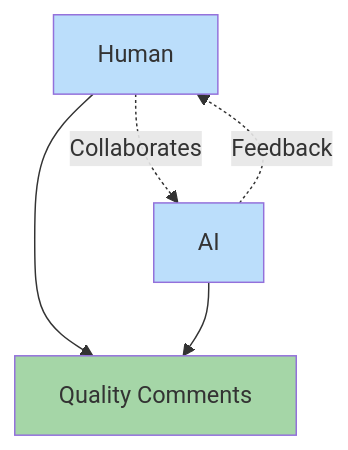
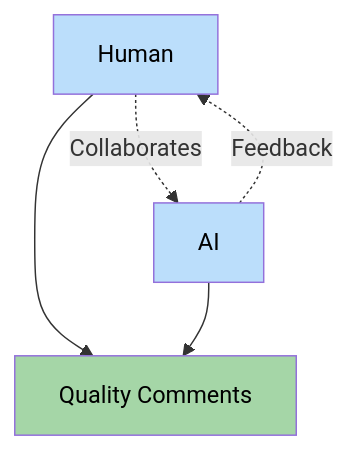
The second of 4 diagrams in index.qmd (IndrajeetPatil/to-comment-or-not), drawn with Mermaid before and after one commit. The commit also changed other lines of this file and 7 other files, not shown here.

````diff
--- a/index.qmd
+++ b/index.qmd
@@ -1760,13 +1761,13 @@
 ```{mermaid}
 %%| eval: true
 %%| echo: false
 flowchart TD
     H[Human] --> S[Quality Comments]
     A[AI] --> S[Quality Comments]
     H -.->|Collaborates| A
     A -.->|Feedback| H
 
-    style H fill:#BBDEFB
-    style A fill:#BBDEFB
-    style S fill:#A5D6A7
+    style H fill:#BBDEFB,color:#000
+    style A fill:#BBDEFB,color:#000
+    style S fill:#A5D6A7,color:#000
 ```
````
